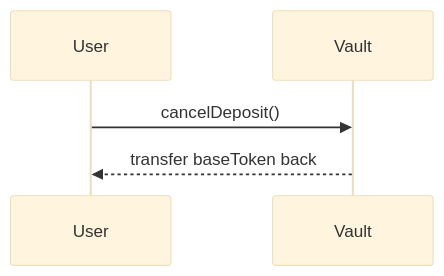
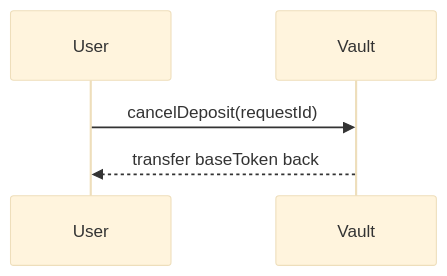
The sixth of 8 diagrams in docs/architecture/token-flows.md (evgenynacu/leverage-vaults), drawn with Mermaid (base theme) before and after one commit. The commit also changed other lines of this file and 10 other files, not shown here.

````diff
--- a/docs/architecture/token-flows.md
+++ b/docs/architecture/token-flows.md
@@ -115,5 +118,5 @@
 ```mermaid
 sequenceDiagram
-    User->>Vault: cancelDeposit()
+    User->>Vault: cancelDeposit(requestId)
     Vault-->>User: transfer baseToken back
 ```
````
